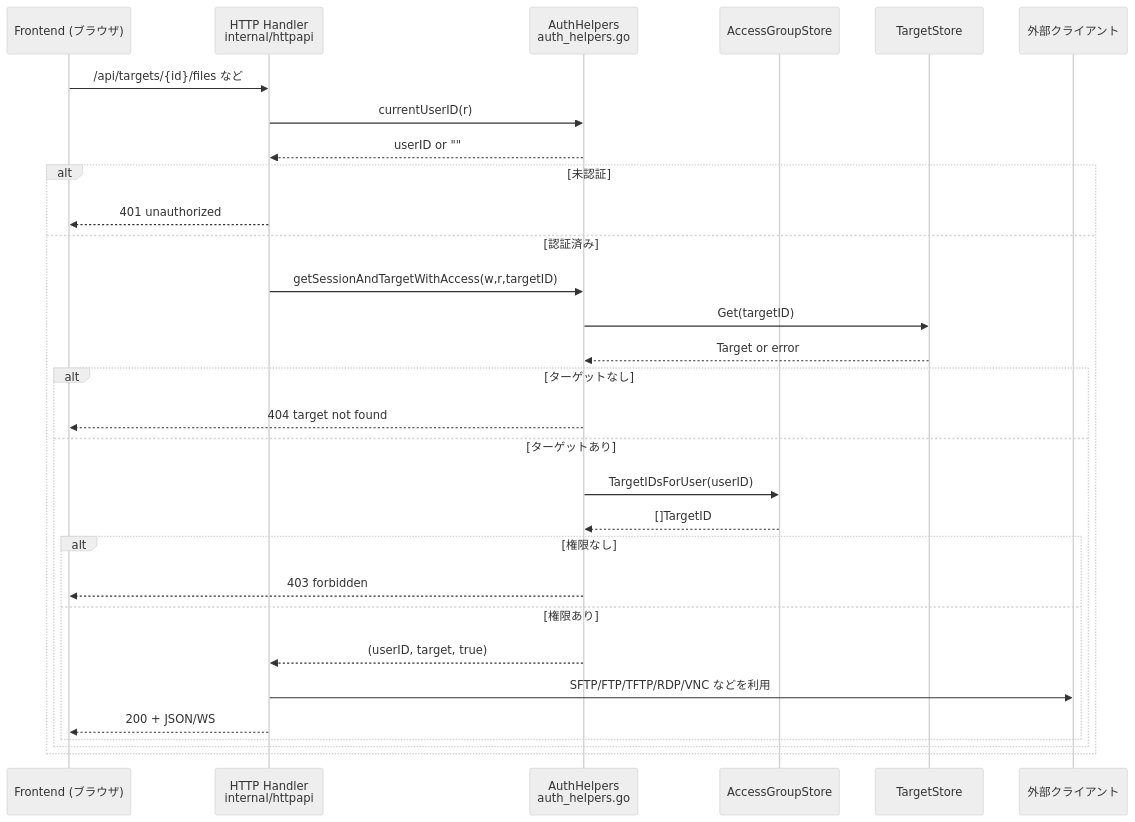
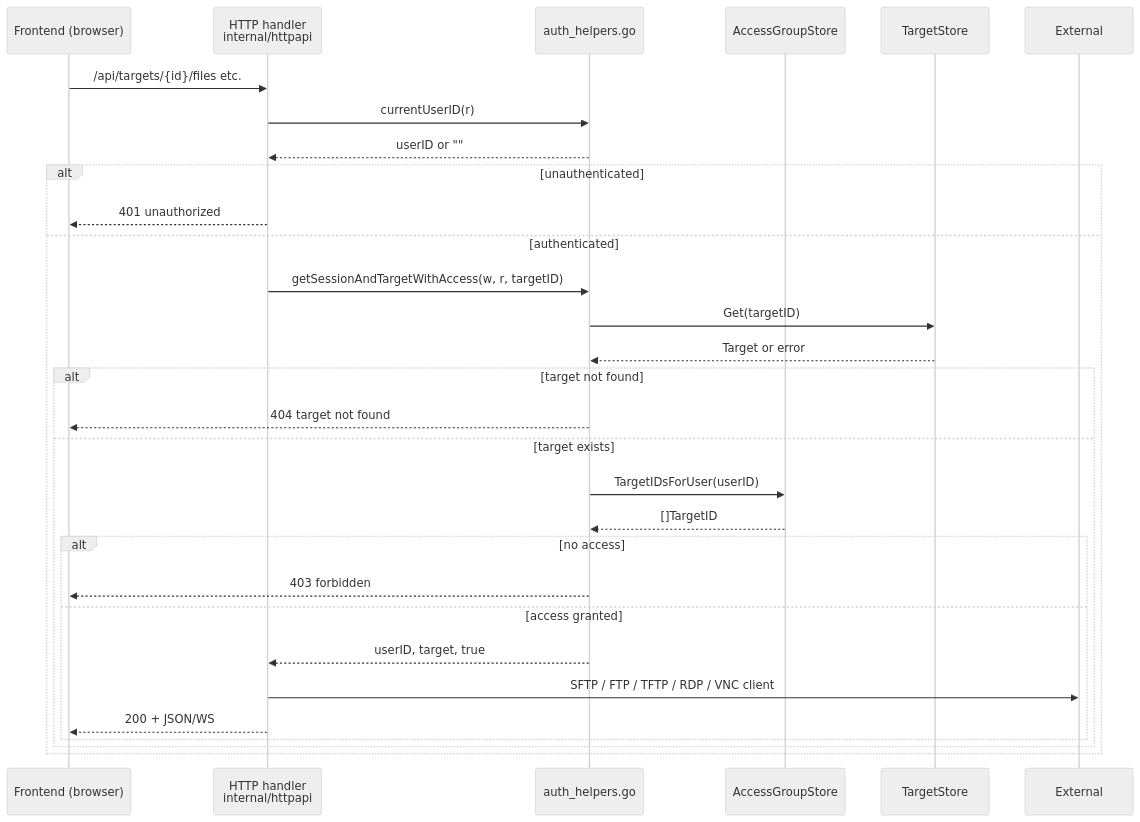
One commit to nullpo7z/vantyx changed the fourth of 4 diagrams in docs/ARCHITECTURE.md. Above: the diagram before and after it, drawn with Mermaid (neutral theme). The commit also changed other lines of this file and 119 other files, not shown here.

````diff
--- a/docs/ARCHITECTURE.md
+++ b/docs/ARCHITECTURE.md
@@ -165,35 +180,35 @@
 ```mermaid
 sequenceDiagram
-    participant FE as Frontend (ブラウザ)
-    participant HTTP as HTTP Handler<br/>internal/httpapi
-    participant AuthH as AuthHelpers<br/>auth_helpers.go
+    participant FE as Frontend (browser)
+    participant HTTP as HTTP handler<br/>internal/httpapi
+    participant AuthH as auth_helpers.go
     participant AGS as AccessGroupStore
     participant TS as TargetStore
 
-    FE->>HTTP: /api/targets/{id}/files など
+    FE->>HTTP: /api/targets/{id}/files etc.
     HTTP->>AuthH: currentUserID(r)
     AuthH-->>HTTP: userID or ""
 
-    alt 未認証
+    alt unauthenticated
         HTTP-->>FE: 401 unauthorized
-    else 認証済み
-        HTTP->>AuthH: getSessionAndTargetWithAccess(w,r,targetID)
+    else authenticated
+        HTTP->>AuthH: getSessionAndTargetWithAccess(w, r, targetID)
         AuthH->>TS: Get(targetID)
         TS-->>AuthH: Target or error
 
-        alt ターゲットなし
+        alt target not found
             AuthH-->>FE: 404 target not found
-        else ターゲットあり
+        else target exists
             AuthH->>AGS: TargetIDsForUser(userID)
             AGS-->>AuthH: []TargetID
 
-            alt 権限なし
+            alt no access
                 AuthH-->>FE: 403 forbidden
-            else 権限あり
-                AuthH-->>HTTP: (userID, target, true)
-                HTTP->>外部クライアント: SFTP/FTP/TFTP/RDP/VNC などを利用
+            else access granted
+                AuthH-->>HTTP: userID, target, true
+                HTTP->>External: SFTP / FTP / TFTP / RDP / VNC client
                 HTTP-->>FE: 200 + JSON/WS
             end
         end
     end
 ```
````
